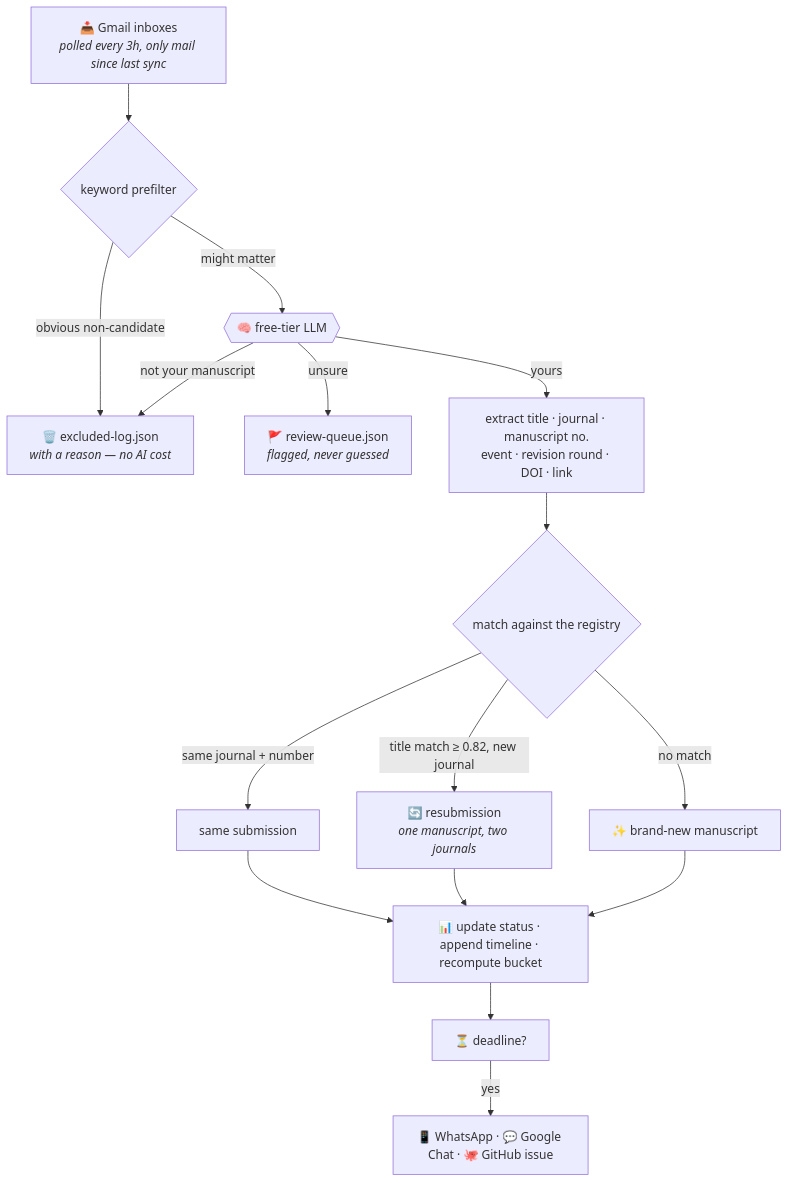
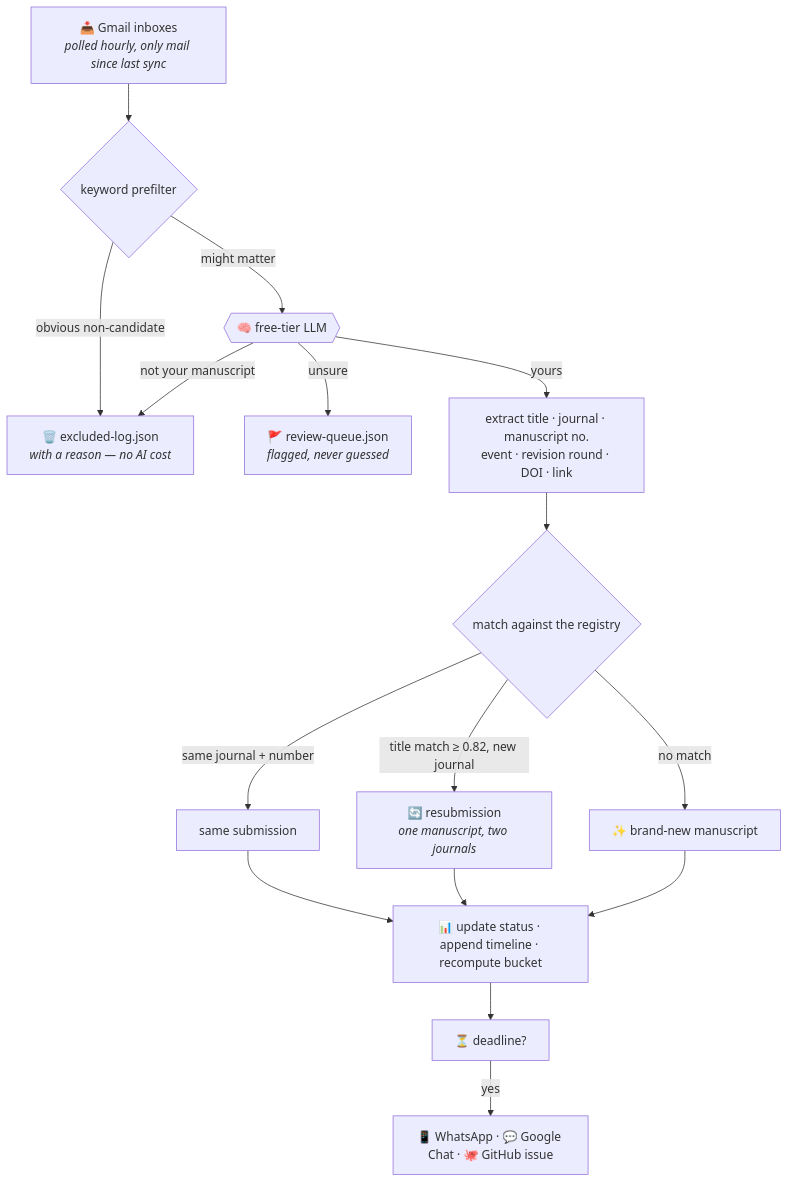
One commit to ORG-Karur-DataCenter/Manuscript-Manager changed the diagram in README.md. Above: the diagram before and after it, drawn with Mermaid. The commit also changed other lines of this file and 2 other files, not shown here.

First line of the commit message:
Sync hourly, and stop paying eight minutes to confirm a spent quota

````diff
--- a/README.md
+++ b/README.md
@@ -83,18 +83,18 @@
 ```mermaid
 flowchart TD
-    A["📥 Gmail inboxes<br/><i>polled every 3h, only mail since last sync</i>"] --> B{keyword prefilter}
+    A["📥 Gmail inboxes<br/><i>polled hourly, only mail since last sync</i>"] --> B{keyword prefilter}
     B -->|obvious non-candidate| X["🗑️ excluded-log.json<br/><i>with a reason — no AI cost</i>"]
     B -->|might matter| C{{"🧠 free-tier LLM"}}
     C -->|not your manuscript| X
     C -->|unsure| Q["🚩 review-queue.json<br/><i>flagged, never guessed</i>"]
     C -->|yours| D["extract title · journal · manuscript no.<br/>event · revision round · DOI · link"]
     D --> E{match against the registry}
     E -->|same journal + number| F["same submission"]
     E -->|title match ≥ 0.82, new journal| G["🔄 resubmission<br/><i>one manuscript, two journals</i>"]
     E -->|no match| H["✨ brand-new manuscript"]
     F --> I["📊 update status · append timeline · recompute bucket"]
     G --> I
     H --> I
     I --> J["⏳ deadline?"]
     J -->|yes| K["📱 WhatsApp · 💬 Google Chat · 🐙 GitHub issue"]
 ```
````
